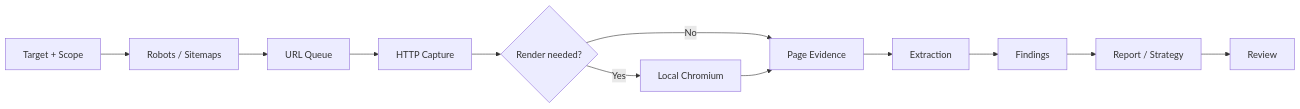
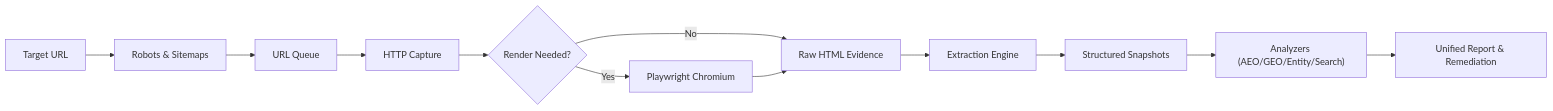
The diagram in README.md (bhedanikhilkumar-code/aevoraSEO), drawn with Mermaid before and after one commit. The commit also changed other lines of this file, not shown here.

````diff
--- a/README.md
+++ b/README.md
@@ -401,14 +475,14 @@
 ```mermaid
 flowchart LR
-    A[Target + Scope] --> B[Robots / Sitemaps]
-    B --> C[URL Queue]
-    C --> D[HTTP Capture]
-    D --> E{Render needed?}
-    E -->|No| F[Page Evidence]
-    E -->|Yes| G[Local Chromium]
+    A["Target URL"] --> B["Robots & Sitemaps"]
+    B --> C["URL Queue"]
+    C --> D["HTTP Capture"]
+    D --> E{"Render Needed?"}
+    E -->|"No"| F["Raw HTML Evidence"]
+    E -->|"Yes"| G["Playwright Chromium"]
     G --> F
-    F --> H[Extraction]
-    H --> I[Findings]
-    I --> J[Report / Strategy]
-    J --> K[Review]
+    F --> H["Extraction Engine"]
+    H --> I["Structured Snapshots"]
+    I --> J["Analyzers (AEO/GEO/Entity/Search)"]
+    J --> K["Unified Report & Remediation"]
 ```
````
